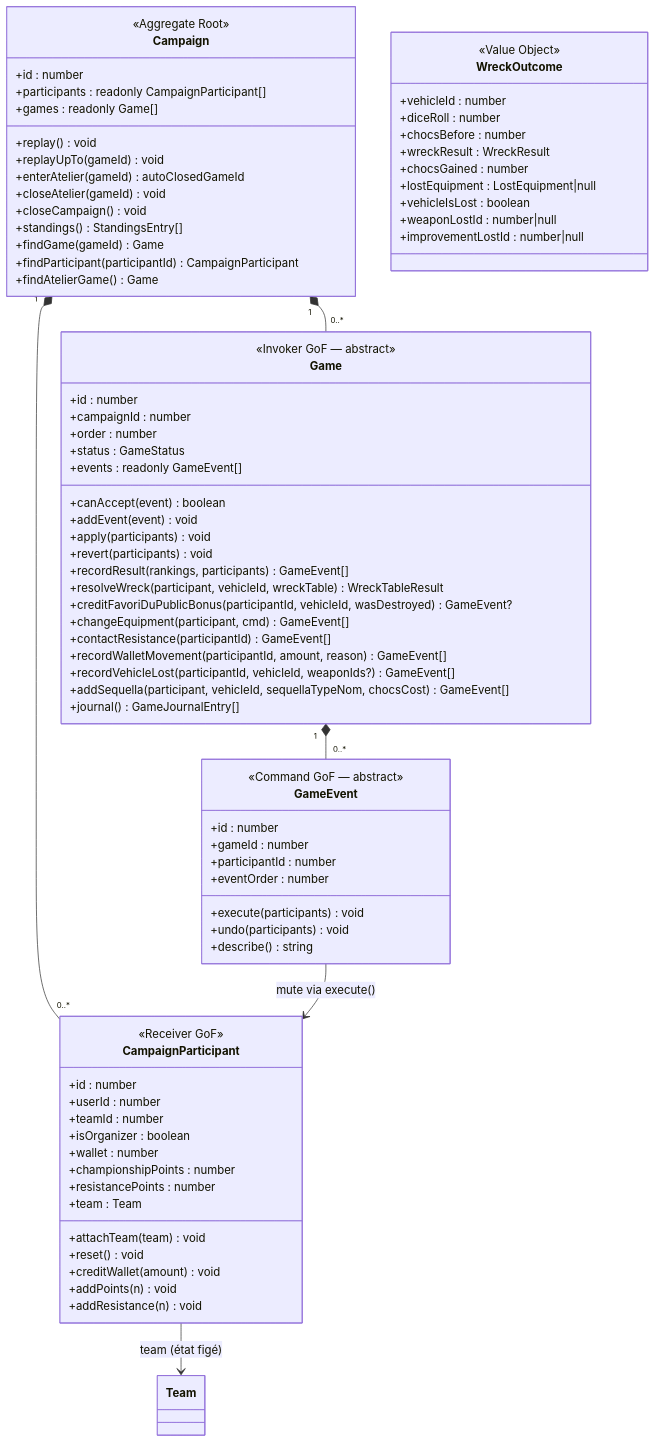
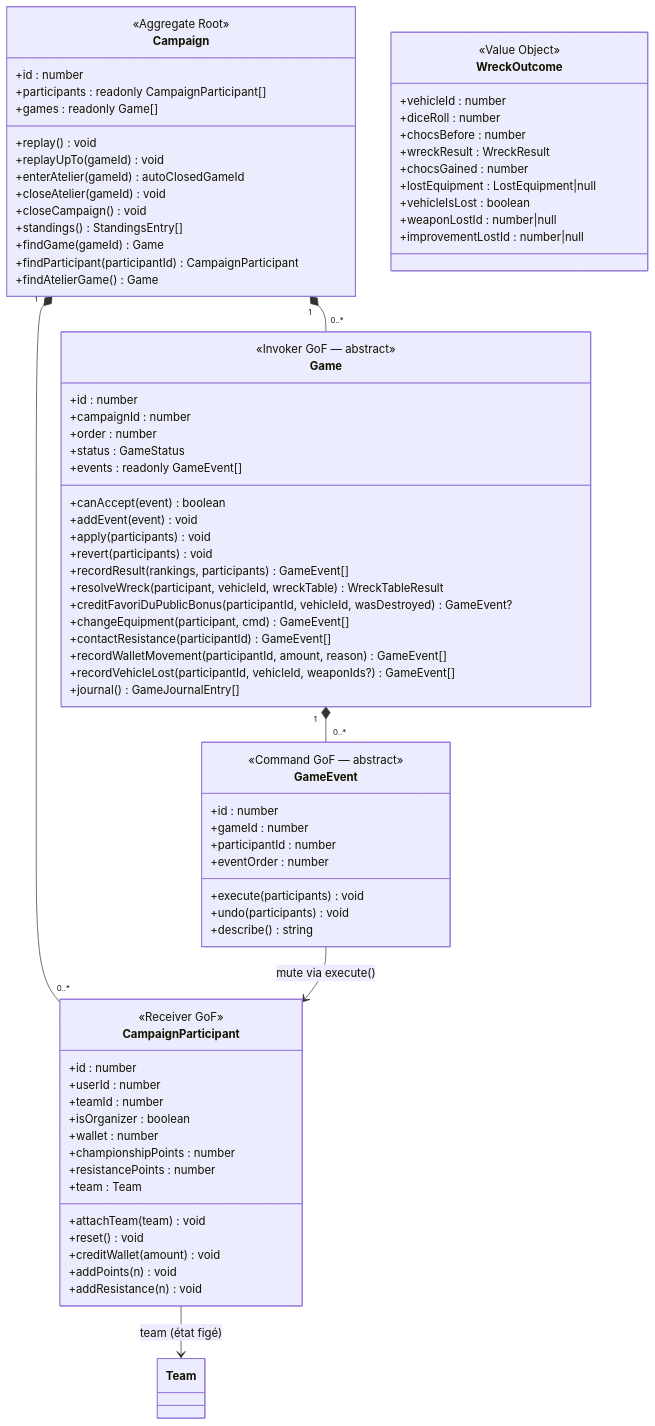
Before and after one commit to arnaudbracchetti/gaslands-manager: the fourth of 4 diagrams in docs/DOMAIN_MODEL.md, drawn with Mermaid. The commit also changed other lines of this file and 43 other files, not shown here.

```diff
--- a/docs/DOMAIN_MODEL.md
+++ b/docs/DOMAIN_MODEL.md
@@ -569,7 +628,6 @@
         +contactResistance(participantId) GameEvent[]
         +recordWalletMovement(participantId, amount, reason) GameEvent[]
         +recordVehicleLost(participantId, vehicleId, weaponIds?) GameEvent[]
-        +addSequella(participant, vehicleId, sequellaTypeNom, chocsCost) GameEvent[]
         +journal() GameJournalEntry[]
     }
 
```
